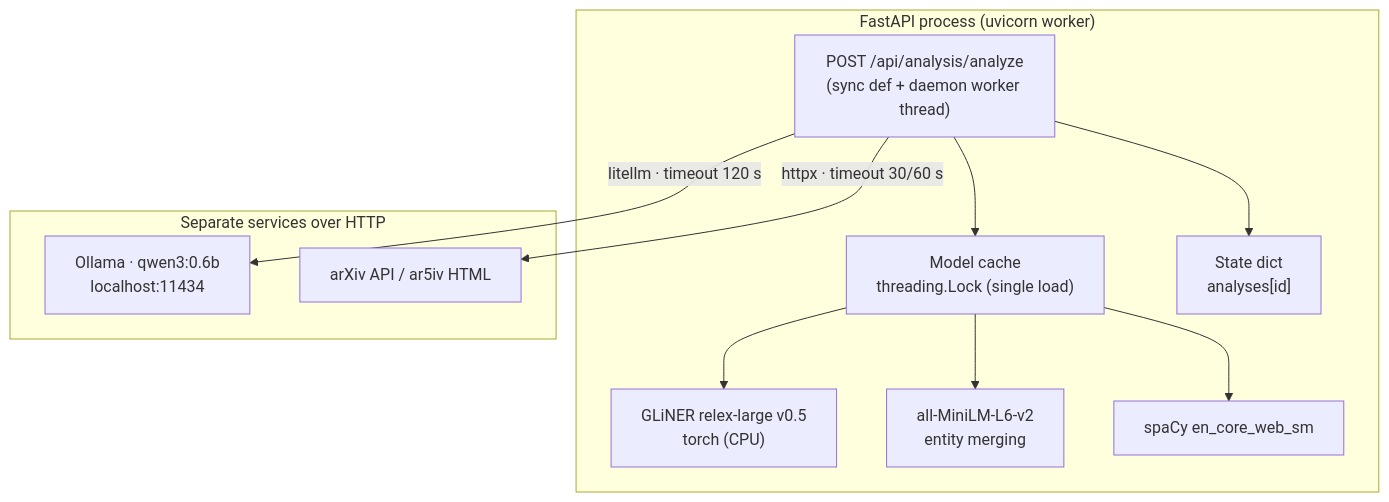
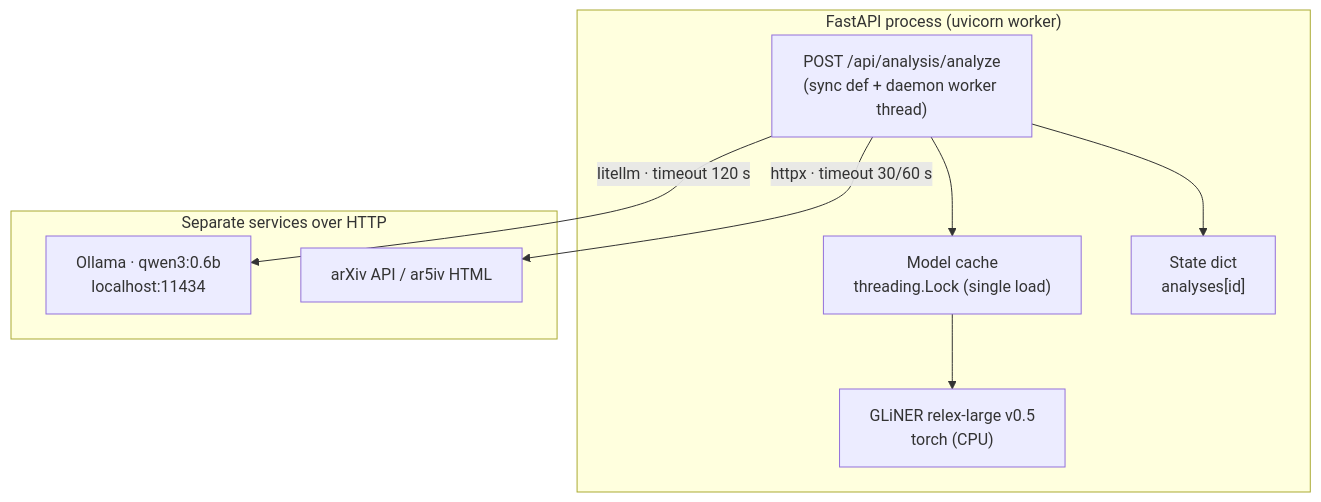
One commit to AlbertoVilla87/kgraph changed the second of 4 diagrams in docs/architecture/runtime.md. Above: the diagram before and after it, drawn with Mermaid. The commit also changed other lines of this file and 55 other files, not shown here.

````diff
--- a/docs/architecture/runtime.md
+++ b/docs/architecture/runtime.md
@@ -84,24 +83,20 @@
 ```mermaid
 flowchart TB
     subgraph PROCESS["FastAPI process (uvicorn worker)"]
         R["POST /api/analysis/analyze<br/>(sync def + daemon worker thread)"]
         M["Model cache<br/>threading.Lock (single load)"]
         G["GLiNER relex-large v0.5<br/>torch (CPU)"]
-        S["all-MiniLM-L6-v2<br/>entity merging"]
-        P["spaCy en_core_web_sm"]
         ST["State dict<br/>analyses[id]"]
     end
 
     subgraph HTTP["Separate services over HTTP"]
         O["Ollama · qwen3:0.6b<br/>localhost:11434"]
         A["arXiv API / ar5iv HTML"]
     end
 
     R --> ST
     R --> M
     M --> G
-    M --> S
-    M --> P
     R -->|"litellm · timeout 120 s"| O
     R -->|"httpx · timeout 30/60 s"| A
 ```
````
